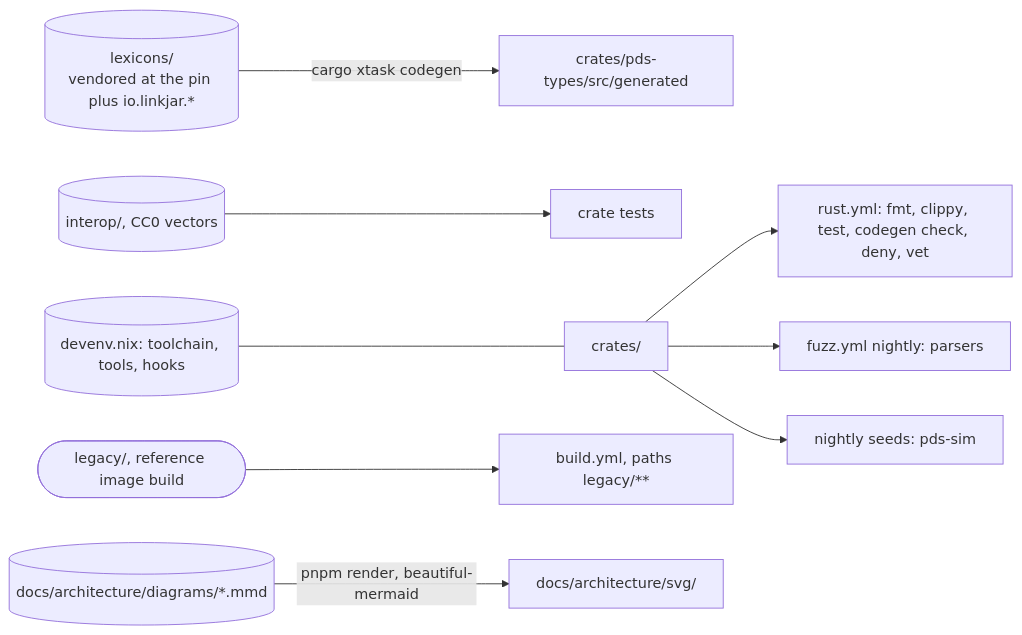
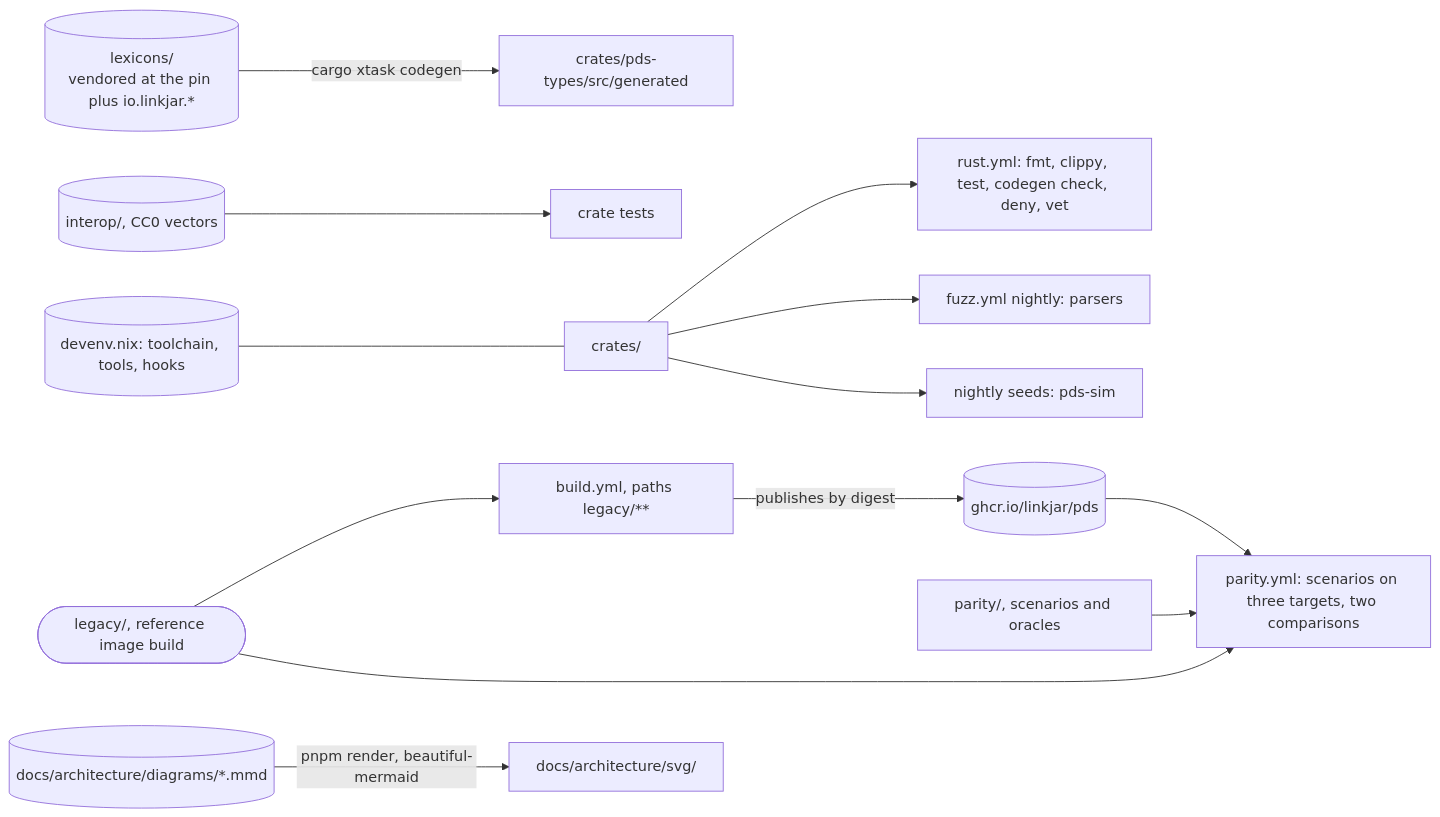
Before and after one commit to linkjar/pds: the diagram in docs/architecture/diagrams/18-repository.mmd, drawn with Mermaid. The commit also changed 29 other files, not shown here.

First line of the commit message:
Unit 1: SPEC revision 2, verify-at-pin results, harness documentation, parity workflow, performance scenarios

```diff
--- a/docs/architecture/diagrams/18-repository.mmd
+++ b/docs/architecture/diagrams/18-repository.mmd
@@ -1,9 +1,13 @@
 flowchart LR
   lex[(lexicons/<br/>vendored at the pin plus io.linkjar.*)] -- cargo xtask codegen --> gen[crates/pds-types/src/generated]
   interop[(interop/, CC0 vectors)] --> tests[crate tests]
   src[crates/] --> ci[rust.yml: fmt, clippy, test, codegen check, deny, vet]
   src --> fuzz[fuzz.yml nightly: parsers]
   src --> sim[nightly seeds: pds-sim]
   legacy([legacy/, reference image build]) --> build[build.yml, paths legacy/**]
+  build -- publishes by digest --> image[(ghcr.io/linkjar/pds)]
+  parity[parity/, scenarios and oracles] --> gate[parity.yml: scenarios on three targets, two comparisons]
+  image --> gate
+  legacy --> gate
   devenv[(devenv.nix: toolchain, tools, hooks)] --- src
   mmd[(docs/architecture/diagrams/*.mmd)] -- pnpm render, beautiful-mermaid --> svg[docs/architecture/svg/]
```
